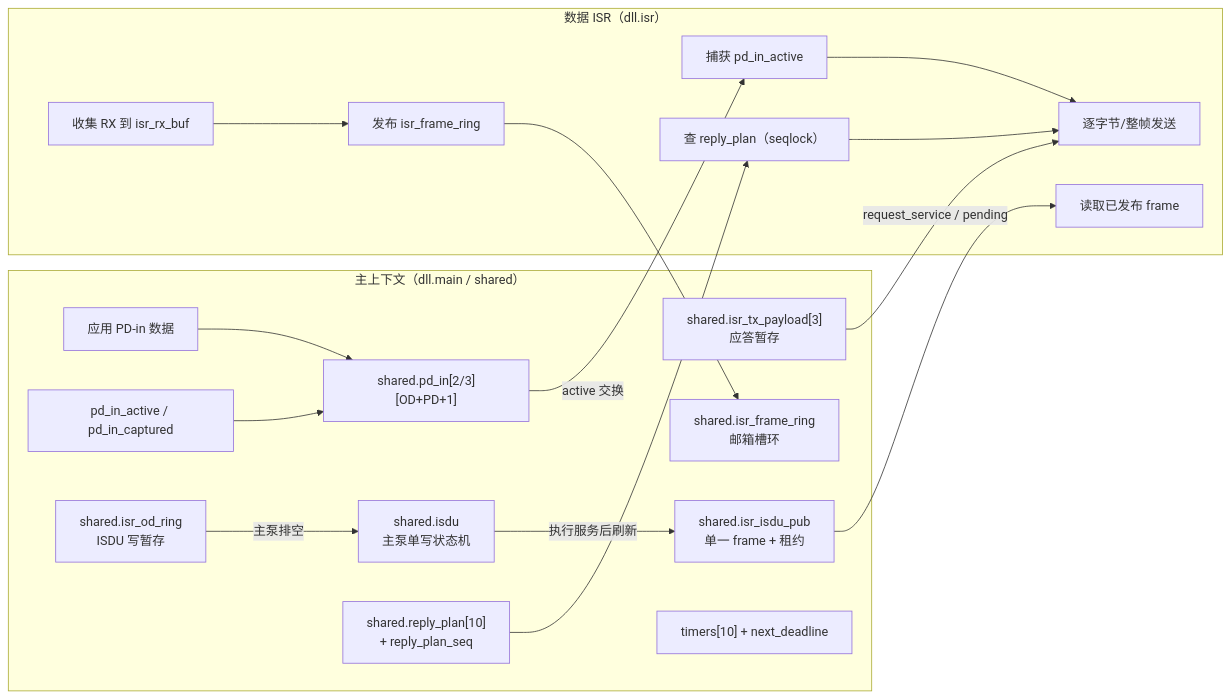
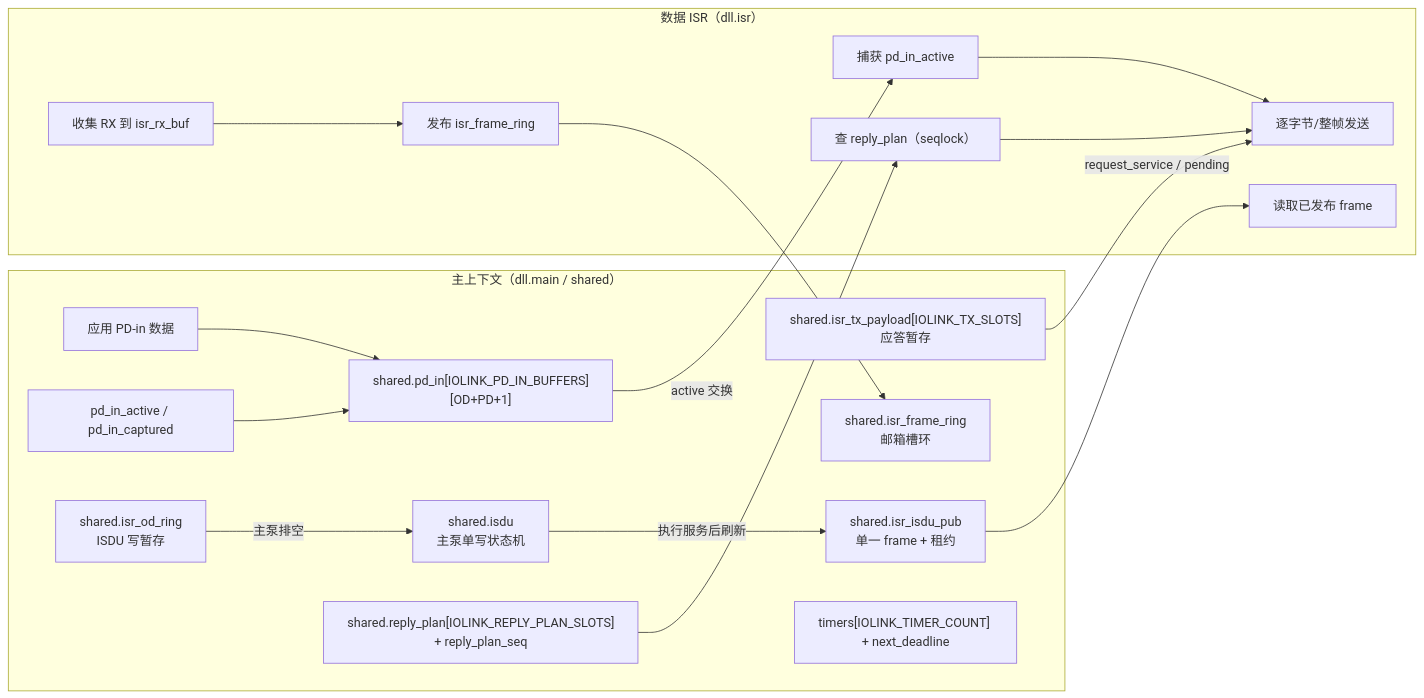
One commit to Adlyq/iolinki changed diagram 16 of 16 in docs/CODE_FLOW.md. Above: the diagram before and after it, drawn with Mermaid. The commit also changed other lines of this file and 25 other files, not shown here.

````diff
--- a/docs/CODE_FLOW.md
+++ b/docs/CODE_FLOW.md
@@ -938,35 +943,35 @@
 ```mermaid
 flowchart LR
     subgraph MAIN["主上下文（dll.main / shared）"]
         M1["应用 PD-in 数据"]
-        M2["shared.pd_in[2/3][OD+PD+1]"]
+        M2["shared.pd_in[IOLINK_PD_IN_BUFFERS][OD+PD+1]"]
         M3["pd_in_active / pd_in_captured"]
-        M4["shared.isr_tx_payload[3]<br/>应答暂存"]
+        M4["shared.isr_tx_payload[IOLINK_TX_SLOTS]<br/>应答暂存"]
         M5["shared.isr_od_ring<br/>ISDU 写暂存"]
         M8["shared.isdu<br/>主泵单写状态机"]
         M6["shared.isr_isdu_pub<br/>单一 frame + 租约"]
         M7["shared.isr_frame_ring<br/>邮箱槽环"]
-        M9["shared.reply_plan[10]<br/>+ reply_plan_seq"]
-        M10["timers[10] + next_deadline"]
+        M9["shared.reply_plan[IOLINK_REPLY_PLAN_SLOTS]<br/>+ reply_plan_seq"]
+        M10["timers[IOLINK_TIMER_COUNT] + next_deadline"]
     end
     subgraph ISR["数据 ISR（dll.isr）"]
         I1["捕获 pd_in_active"]
         I2["逐字节/整帧发送"]
         I3["收集 RX 到 isr_rx_buf"]
         I4["读取已发布 frame"]
         I5["发布 isr_frame_ring"]
         I6["查 reply_plan（seqlock）"]
     end
     M1 --> M2
     M3 --> M2
     M2 -->|active 交换| I1
     I1 --> I2
     M4 -->|request_service / pending| I2
     M5 -->|主泵排空| M8
     M8 -->|执行服务后刷新| M6
     M6 --> I4
     M9 --> I6
     I6 --> I2
     I3 --> I5
     I5 --> M7
 ```
````
